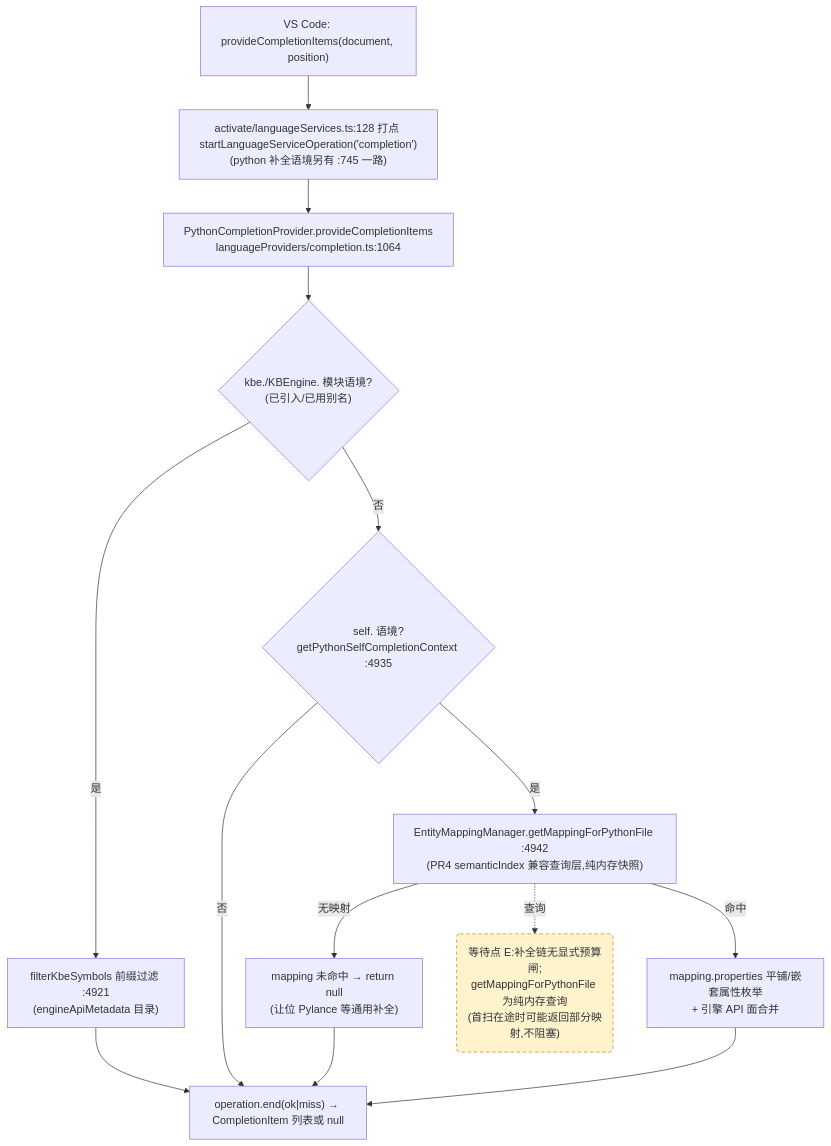
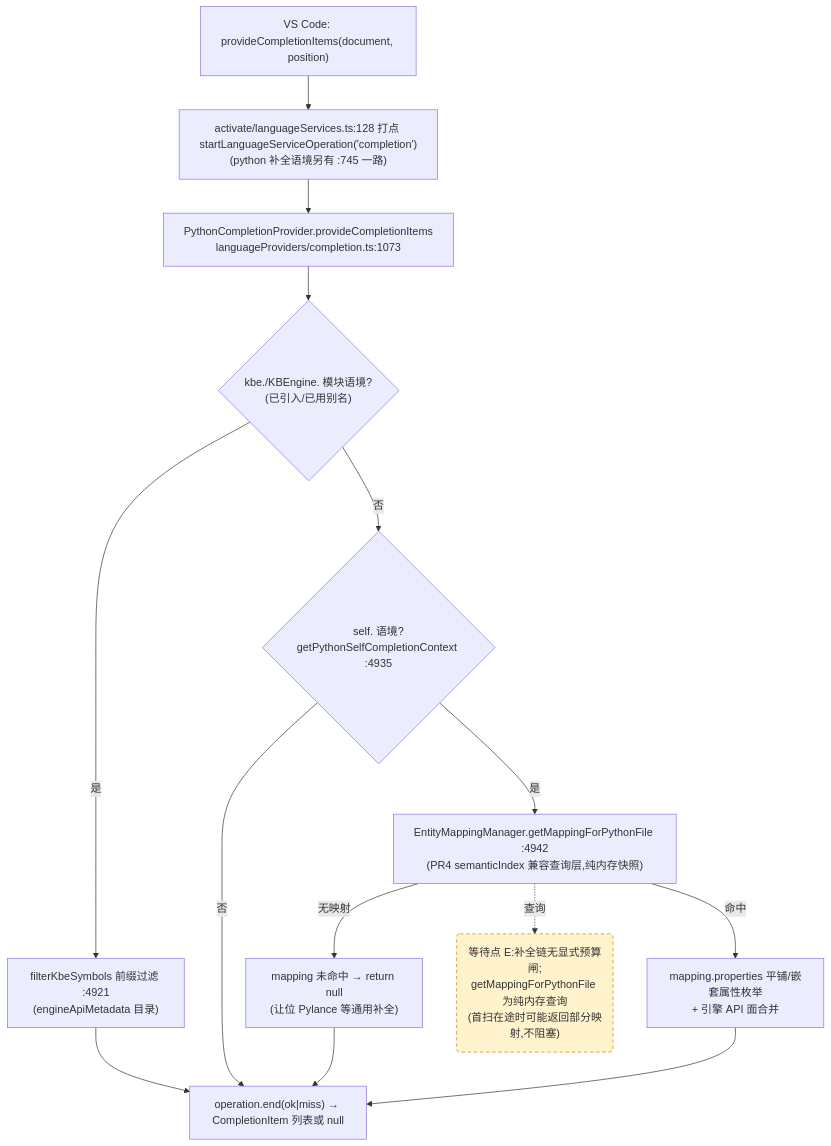
Before and after one commit to cuihairu/kode: the third of 4 diagrams in docs/perf/2026-baseline.md, drawn with Mermaid. The commit also changed other lines of this file and 9 other files, not shown here.

````diff
--- a/docs/perf/2026-baseline.md
+++ b/docs/perf/2026-baseline.md
@@ -194,27 +196,27 @@
 ```mermaid
 flowchart TD
   VC3["VS Code: provideCompletionItems(document, position)"]
   M3["activate/languageServices.ts:128 打点 startLanguageServiceOperation('completion')<br/>(python 补全语境另有 :745 一路)"]
-  CP["PythonCompletionProvider.provideCompletionItems<br/>languageProviders/completion.ts:1064"]
+  CP["PythonCompletionProvider.provideCompletionItems<br/>languageProviders/completion.ts:1073"]
   KBEC{"kbe./KBEngine. 模块语境?<br/>(已引入/已用别名)"}
   FILTER["filterKbeSymbols 前缀过滤 :4921<br/>(engineApiMetadata 目录)"]
   SELFC{"self. 语境?<br/>getPythonSelfCompletionContext :4935"}
   MAP["EntityMappingManager.getMappingForPythonFile :4942<br/>(PR4 semanticIndex 兼容查询层,纯内存快照)"]
   NOMAP["mapping 未命中 → return null<br/>(让位 Pylance 等通用补全)"]
   PROPS["mapping.properties 平铺/嵌套属性枚举<br/>+ 引擎 API 面合并"]
   END3["operation.end(ok|miss) → CompletionItem 列表或 null"]
 
   VC3 --> M3 --> CP --> KBEC
   KBEC -- "是" --> FILTER --> END3
   KBEC -- "否" --> SELFC
   SELFC -- "否" --> END3
   SELFC -- "是" --> MAP
   MAP -- "无映射" --> NOMAP --> END3
   MAP -- "命中" --> PROPS --> END3
 
   WAITE("等待点 E:补全链无显式预算闸;<br/>getMappingForPythonFile 为纯内存查询<br/>(首扫在途时可能返回部分映射,不阻塞)")
   MAP -.->|查询| WAITE
 
   classDef waitPoint fill:#fff3cd,stroke:#d97706,stroke-dasharray:5 4;
   class WAITE waitPoint;
 ```
````
